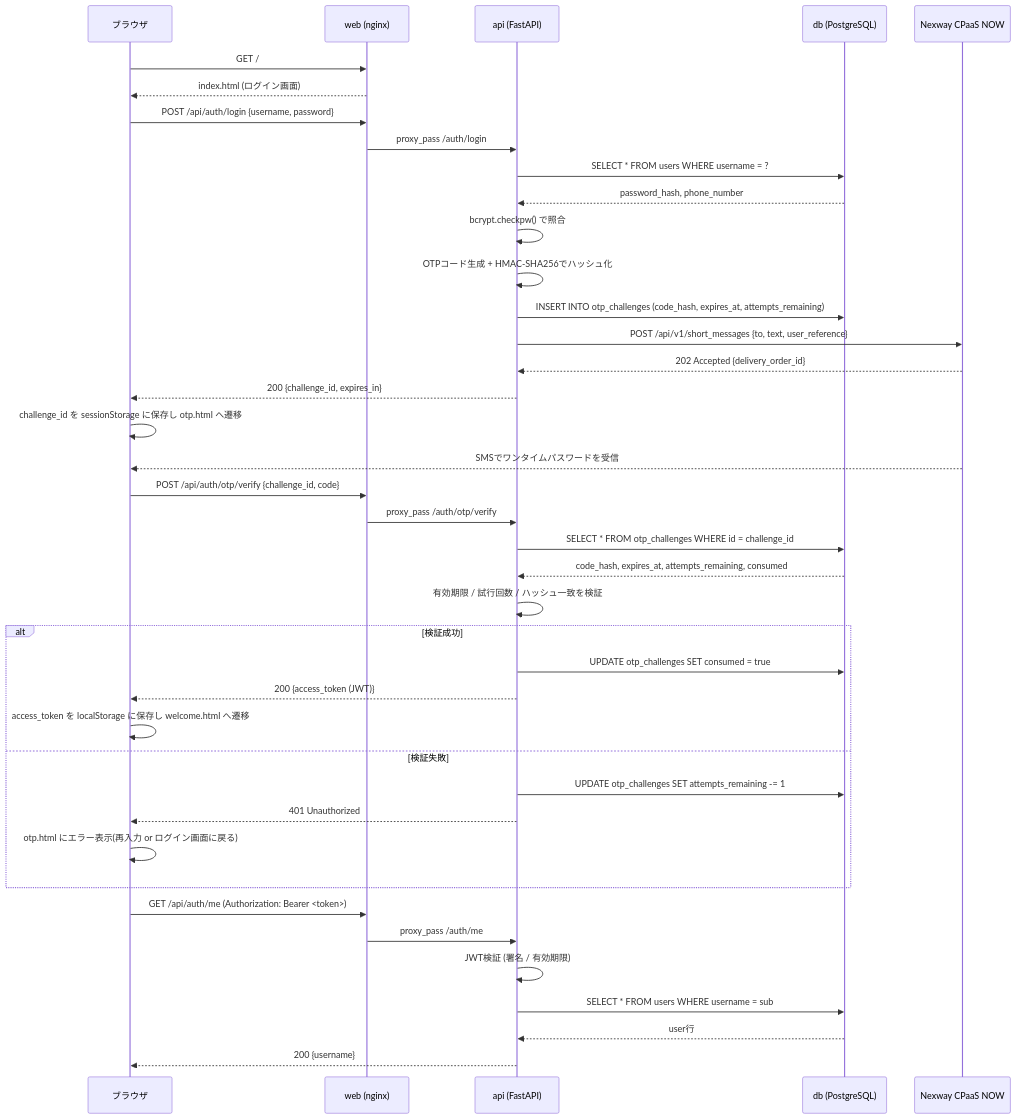
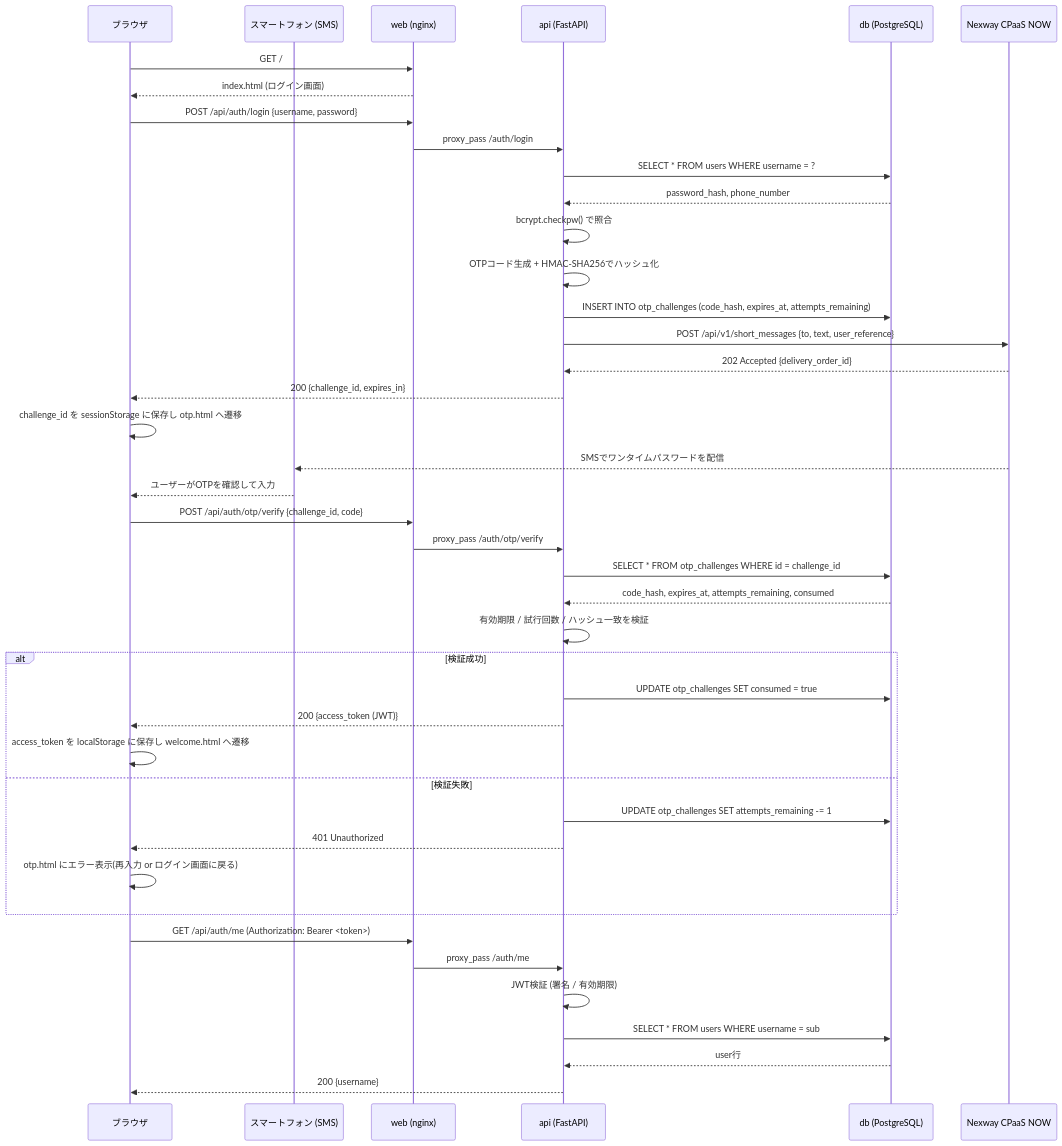
The second of 2 diagrams in README.md (Fu11erene/ip3-hackathon), drawn with Mermaid before and after one commit. The commit also changed other lines of this file, not shown here.

````diff
--- a/README.md
+++ b/README.md
@@ -36,47 +38,49 @@
 ```mermaid
 sequenceDiagram
     participant U as ブラウザ
+    participant S as スマートフォン (SMS)
     participant W as web (nginx)
     participant A as api (FastAPI)
     participant D as db (PostgreSQL)
     participant N as Nexway CPaaS NOW
 
     U->>W: GET /
     W-->>U: index.html (ログイン画面)
 
     U->>W: POST /api/auth/login {username, password}
     W->>A: proxy_pass /auth/login
     A->>D: SELECT * FROM users WHERE username = ?
     D-->>A: password_hash, phone_number
     A->>A: bcrypt.checkpw() で照合
     A->>A: OTPコード生成 + HMAC-SHA256でハッシュ化
     A->>D: INSERT INTO otp_challenges (code_hash, expires_at, attempts_remaining)
     A->>N: POST /api/v1/short_messages {to, text, user_reference}
     N-->>A: 202 Accepted {delivery_order_id}
     A-->>U: 200 {challenge_id, expires_in}
     U->>U: challenge_id を sessionStorage に保存し otp.html へ遷移
 
-    N-->>U: SMSでワンタイムパスワードを受信
+    N-->>S: SMSでワンタイムパスワードを配信
+    S-->>U: ユーザーがOTPを確認して入力
 
     U->>W: POST /api/auth/otp/verify {challenge_id, code}
     W->>A: proxy_pass /auth/otp/verify
     A->>D: SELECT * FROM otp_challenges WHERE id = challenge_id
     D-->>A: code_hash, expires_at, attempts_remaining, consumed
     A->>A: 有効期限 / 試行回数 / ハッシュ一致を検証
     alt 検証成功
         A->>D: UPDATE otp_challenges SET consumed = true
         A-->>U: 200 {access_token (JWT)}
         U->>U: access_token を localStorage に保存し welcome.html へ遷移
     else 検証失敗
         A->>D: UPDATE otp_challenges SET attempts_remaining -= 1
         A-->>U: 401 Unauthorized
         U->>U: otp.html にエラー表示(再入力 or ログイン画面に戻る)
     end
 
     U->>W: GET /api/auth/me (Authorization: Bearer <token>)
     W->>A: proxy_pass /auth/me
     A->>A: JWT検証 (署名 / 有効期限)
     A->>D: SELECT * FROM users WHERE username = sub
     D-->>A: user行
     A-->>U: 200 {username}
 ```
````
